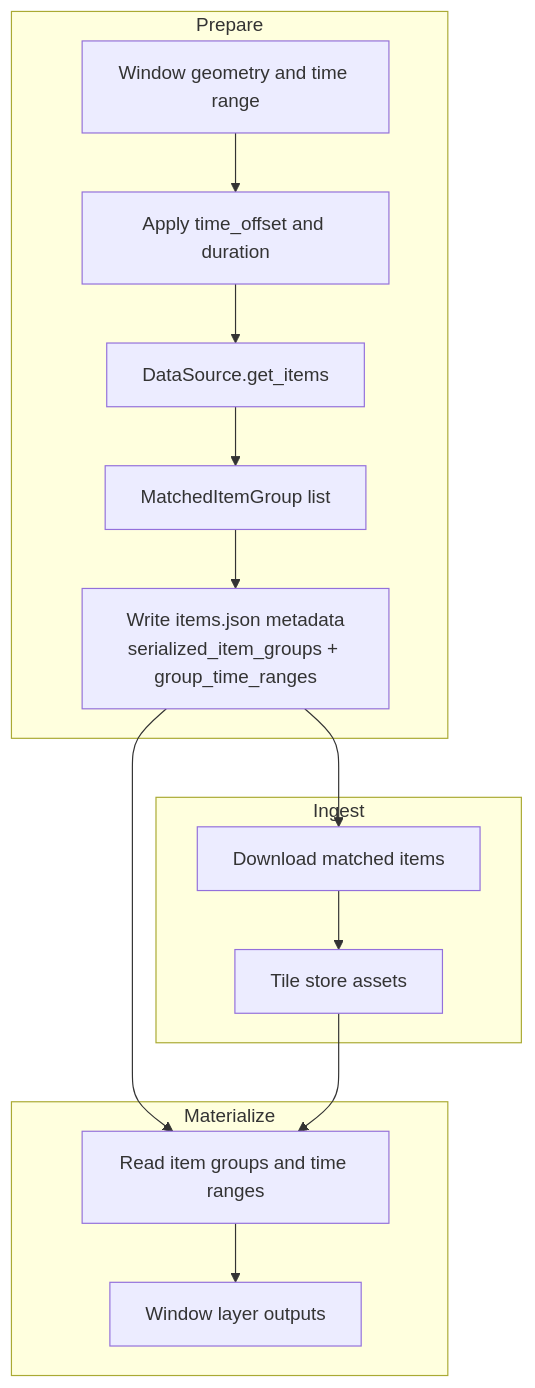
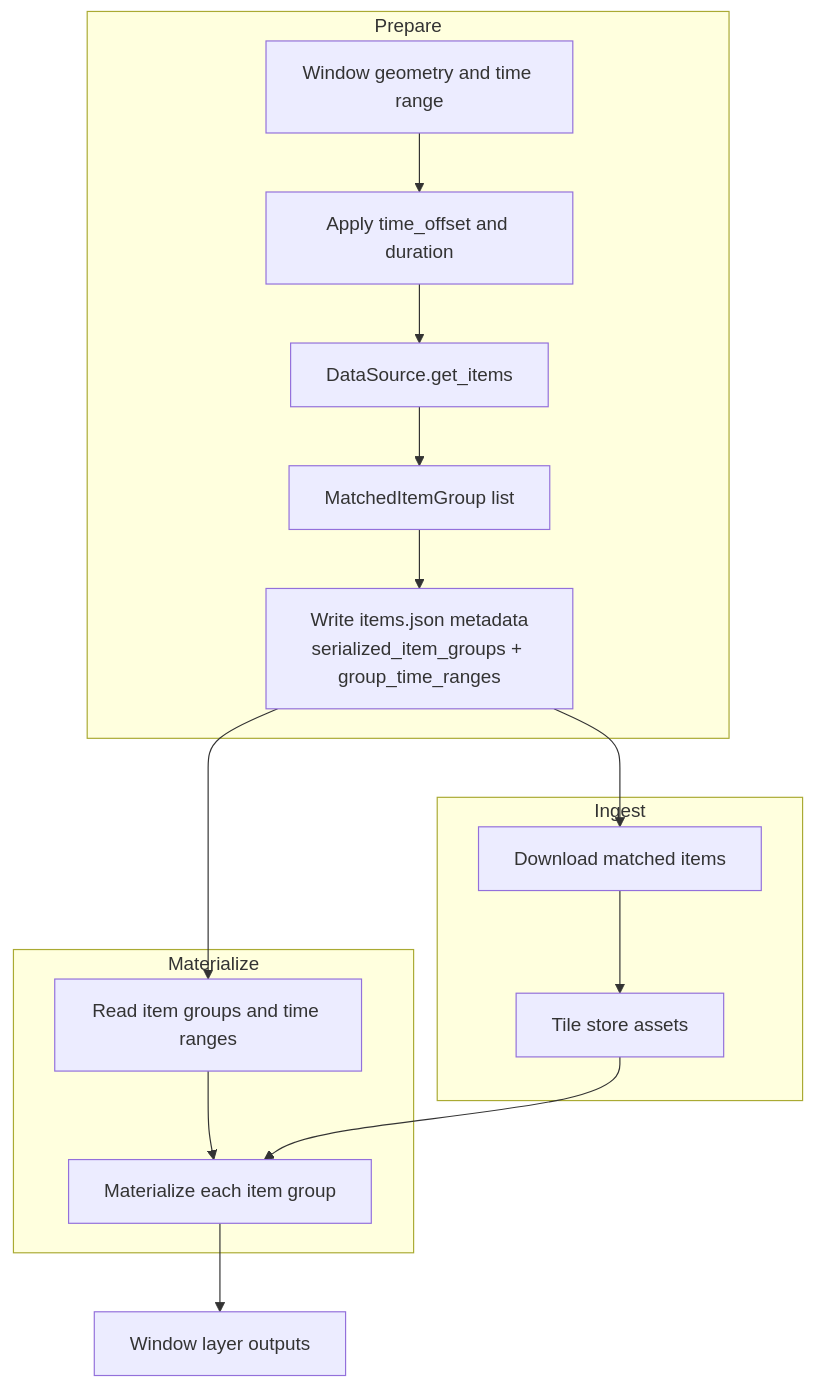
The diagram in docs/dataset_config/DataSourceConfig.md (allenai/rslearn), drawn with Mermaid before and after one commit.

Commit message:
Refactor flowchart in DataSourceConfig documentation to clarify data processing stages

````diff
--- a/docs/dataset_config/DataSourceConfig.md
+++ b/docs/dataset_config/DataSourceConfig.md
@@ -68,20 +68,24 @@
 ```mermaid
 flowchart TD
     subgraph prepare["Prepare"]
         window["Window geometry and time range"] --> request["Apply time_offset and duration"]
         request --> get_items["DataSource.get_items"]
         get_items --> matched_groups["MatchedItemGroup list"]
         matched_groups --> items_json["Write items.json metadata\nserialized_item_groups + group_time_ranges"]
     end
 
     subgraph ingest_phase["Ingest"]
-        items_json --> ingest["Download matched items"]
+        ingest["Download matched items"]
         ingest --> tile_store["Tile store assets"]
     end
 
     subgraph materialize_phase["Materialize"]
-        items_json --> materialize["Read item groups and time ranges"]
+        read_metadata["Read item groups and time ranges"]
+        read_metadata --> materialize["Materialize each item group"]
         tile_store --> materialize
-        materialize --> outputs["Window layer outputs"]
     end
+
+    items_json --> ingest
+    items_json --> read_metadata
+    materialize --> outputs["Window layer outputs"]
 ```
````
